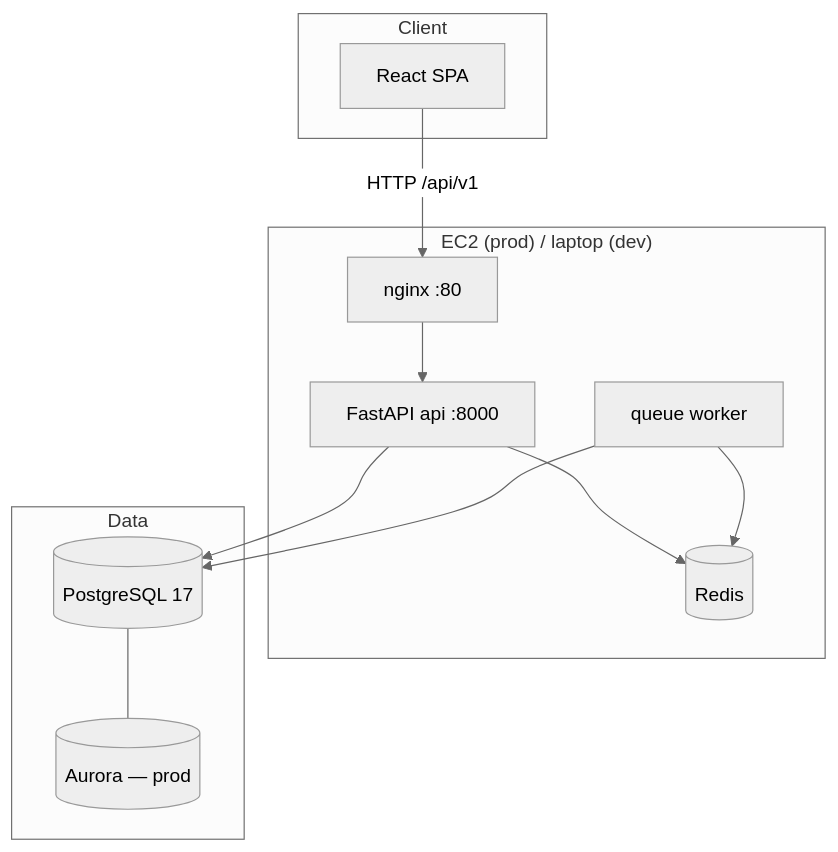
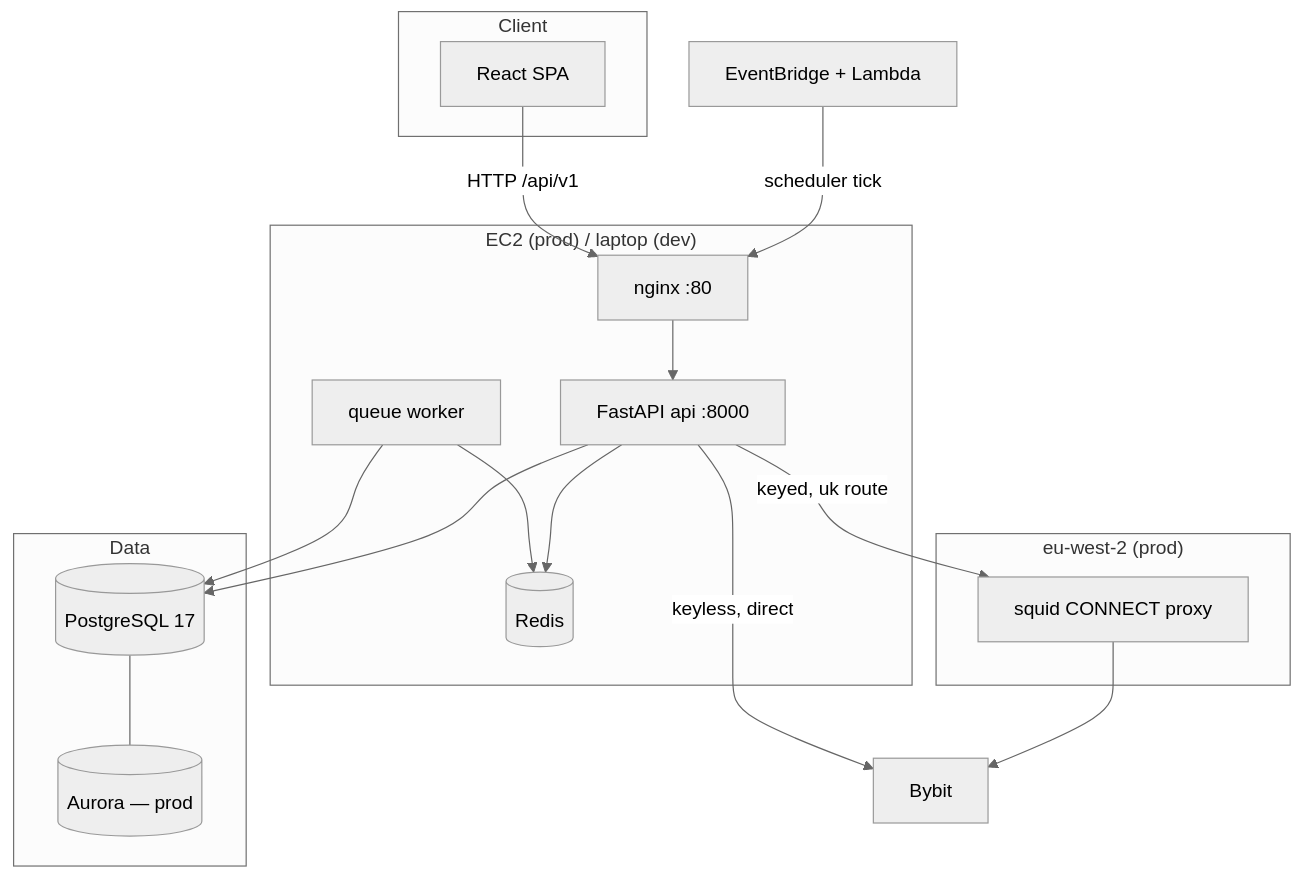
Before and after one commit to alfred1123/Quant_Strategies: the first of 2 diagrams in docs/architecture/overview.md, drawn with Mermaid (neutral theme). The commit also changed other lines of this file and 2 other files, not shown here.

First line of the commit message:
Boot the UK egress proxy with swap, and document how trading traffic flows.

````diff
--- a/docs/architecture/overview.md
+++ b/docs/architecture/overview.md
@@ -13,26 +13,34 @@
 ```mermaid
 flowchart TB
   subgraph Client
     SPA[React SPA]
   end
 
   subgraph EC2["EC2 (prod) / laptop (dev)"]
     NGINX[nginx :80]
     API[FastAPI api :8000]
     WORKER[queue worker]
     REDIS[(Redis)]
   end
 
   subgraph Data
     PG[(PostgreSQL 17)]
     AURORA[(Aurora — prod)]
   end
 
+  subgraph London["eu-west-2 (prod)"]
+    PROXY[squid CONNECT proxy]
+  end
+
+  LAMBDA[EventBridge + Lambda] -->|scheduler tick| NGINX
   SPA -->|HTTP /api/v1| NGINX
   NGINX --> API
   API --> REDIS
   WORKER --> REDIS
   API --> PG
   WORKER --> PG
   PG --- AURORA
+  API -->|keyed, uk route| PROXY
+  PROXY --> BYBIT[Bybit]
+  API -->|keyless, direct| BYBIT
 ```
````
